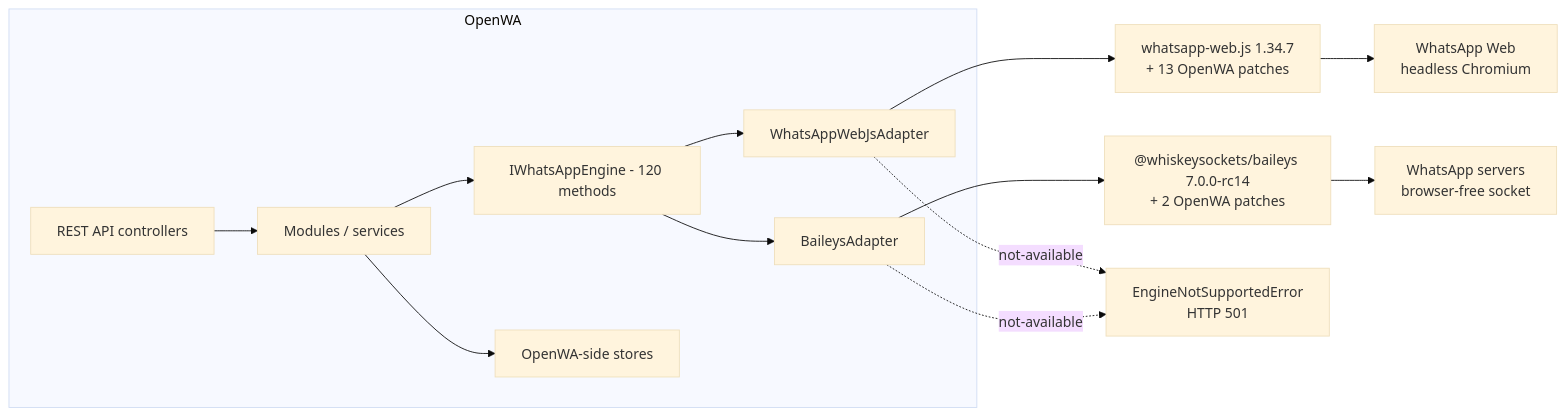
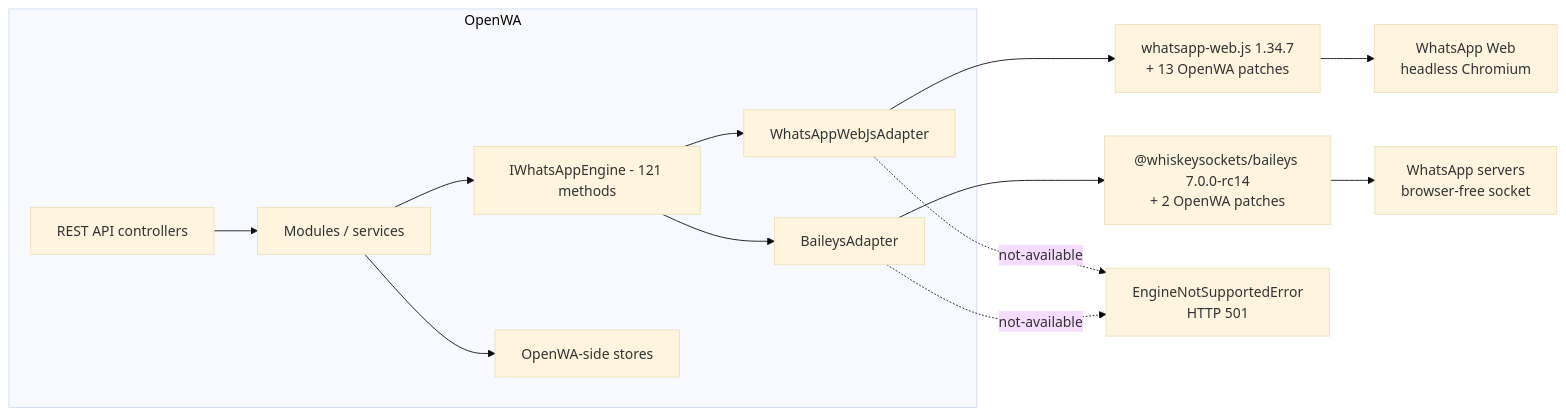
Before and after one commit to purnamcommunity/OpenWA: the first of 2 diagrams in docs/29-engine-capability-matrix.md, drawn with Mermaid (base theme). The commit also changed other lines of this file and 13 other files, not shown here.

````diff
--- a/docs/29-engine-capability-matrix.md
+++ b/docs/29-engine-capability-matrix.md
@@ -43,16 +43,16 @@
 ```mermaid
 flowchart LR
     subgraph OpenWA["OpenWA"]
         API["REST API controllers"] --> SVC["Modules / services"]
-        SVC --> IF["IWhatsAppEngine - 120 methods"]
+        SVC --> IF["IWhatsAppEngine - 121 methods"]
         IF --> WA["WhatsAppWebJsAdapter"]
         IF --> BA["BaileysAdapter"]
         SVC --> STORE["OpenWA-side stores"]
     end
     WA --> WLIB["whatsapp-web.js 1.34.7<br/>+ 13 OpenWA patches"]
     BA --> BLIB["@whiskeysockets/baileys 7.0.0-rc14<br/>+ 2 OpenWA patches"]
     WLIB --> WEB["WhatsApp Web<br/>headless Chromium"]
     BLIB --> WAS["WhatsApp servers<br/>browser-free socket"]
     WA -.->|"not-available"| E["EngineNotSupportedError<br/>HTTP 501"]
     BA -.->|"not-available"| E
 ```
````
